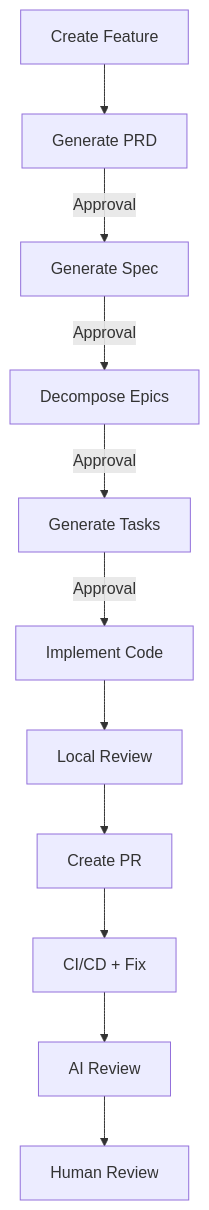
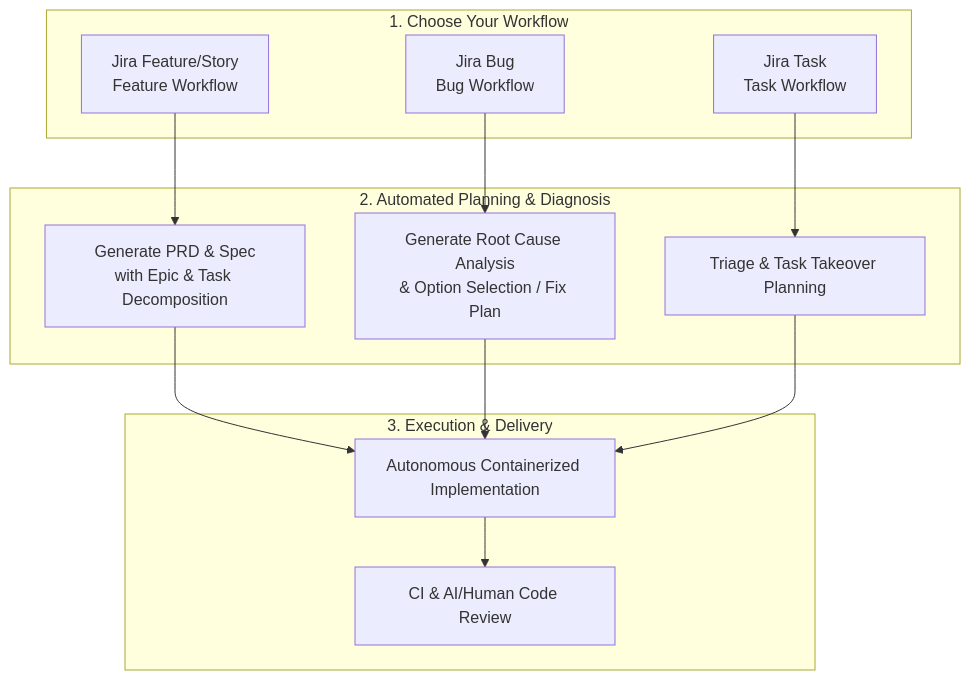
The diagram in docs/index.md (JoshSalomon/forge), drawn with Mermaid before and after one commit. The commit also changed other lines of this file, not shown here.

First paragraph of the commit message:
[AISOS-2161] Show all supported Forge workflows on the documentation home page (#151)
* [AISOS-2161] Update documentation homepage to support all workflows equally

````diff
--- a/docs/index.md
+++ b/docs/index.md
@@ -7,13 +9,33 @@
 ```mermaid
 graph TD
-    A[Create Feature] --> B[Generate PRD]
-    B -->|Approval| C[Generate Spec]
-    C -->|Approval| D[Decompose Epics]
-    D -->|Approval| E[Generate Tasks]
-    E -->|Approval| F[Implement Code]
-    F --> G[Local Review]
-    G --> H[Create PR]
-    H --> I[CI/CD + Fix]
-    I --> J[AI Review]
-    J --> K[Human Review]
+    %% Workflow entrypoints
+    subgraph "1. Choose Your Workflow"
+        Feature[Jira Feature/Story<br/>Feature Workflow]
+        Bug[Jira Bug<br/>Bug Workflow]
+        Task[Jira Task<br/>Task Workflow]
+    end
+
+    %% Workflow processing paths
+    subgraph "2. Automated Planning & Diagnosis"
+        PRD[Generate PRD & Spec<br/>with Epic & Task Decomposition]
+        RCA[Generate Root Cause Analysis<br/>& Option Selection / Fix Plan]
+        Takeover[Triage & Task Takeover Planning]
+    end
+
+    %% Common implementation & delivery path
+    subgraph "3. Execution & Delivery"
+        Code[Autonomous Containerized Implementation]
+        Review[CI & AI/Human Code Review]
+    end
+
+    %% Connections
+    Feature --> PRD
+    Bug --> RCA
+    Task --> Takeover
+
+    PRD --> Code
+    RCA --> Code
+    Takeover --> Code
+
+    Code --> Review
 ```
````
